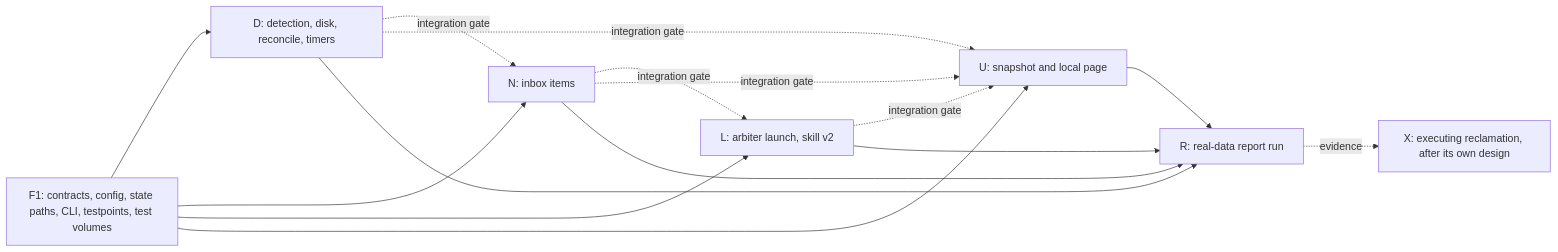
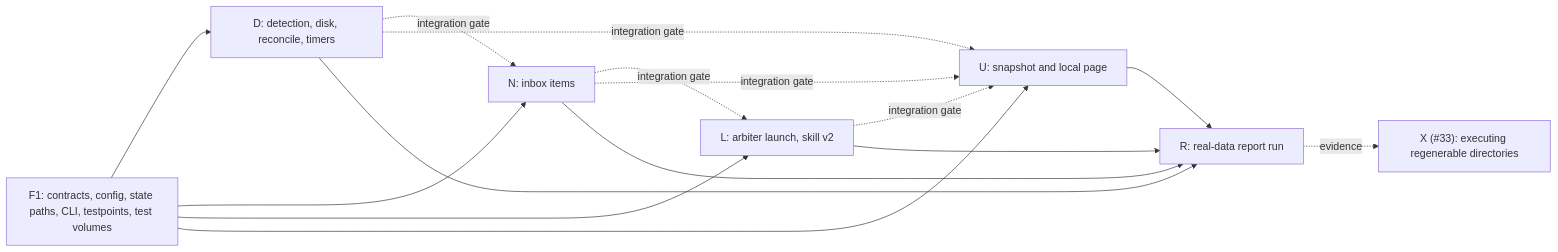
One commit to shuymn/cardinal changed the second of 2 diagrams in docs/architecture.md. Above: the diagram before and after it, drawn with Mermaid. The commit also changed other lines of this file, not shown here.

Commit message:
docs(architecture): mark the first release report-only

````diff
--- a/docs/architecture.md
+++ b/docs/architecture.md
@@ -1303,17 +1303,17 @@
 ```mermaid
 flowchart LR
   F1["F1: contracts, config, state paths, CLI, testpoints, test volumes"] --> D["D: detection, disk, reconcile, timers"]
   F1 --> N["N: inbox items"]
   F1 --> L["L: arbiter launch, skill v2"]
   F1 --> U["U: snapshot and local page"]
   D -. "integration gate" .-> N
   N -. "integration gate" .-> L
   D -. "integration gate" .-> U
   N -. "integration gate" .-> U
   L -. "integration gate" .-> U
   D --> R["R: real-data report run"]
   N --> R
   L --> R
   U --> R
-  R -. "evidence" .-> X["X: executing reclamation, after its own design"]
+  R -. "evidence" .-> X["X (#33): executing regenerable directories"]
 ```
````
